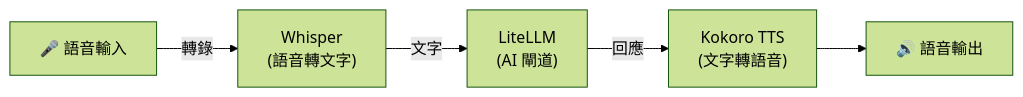
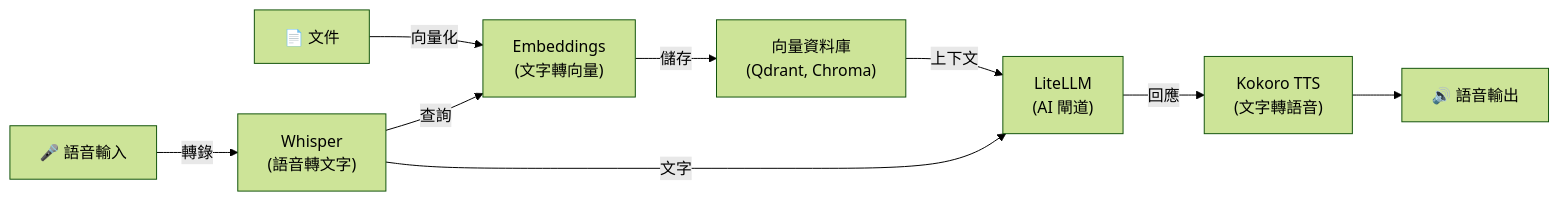
One commit to hwdsl2/docker-tts changed the diagram in README-zh-Hant.md. Above: the diagram before and after it, drawn with Mermaid (forest theme). The commit also changed other lines of this file and 3 other files, not shown here.

````diff
--- a/README-zh-Hant.md
+++ b/README-zh-Hant.md
@@ -302,7 +302,11 @@
 ```mermaid
 graph LR
+    D["📄 文件"] -->|向量化| E["Embeddings<br/>(文字轉向量)"]
+    E -->|儲存| VDB["向量資料庫<br/>(Qdrant, Chroma)"]
     A["🎤 語音輸入"] -->|轉錄| W["Whisper<br/>(語音轉文字)"]
-    W -->|文字| L["LiteLLM<br/>(AI 閘道)"]
+    W -->|查詢| E
+    VDB -->|上下文| L["LiteLLM<br/>(AI 閘道)"]
+    W -->|文字| L
     L -->|回應| T["Kokoro TTS<br/>(文字轉語音)"]
     T --> B["🔊 語音輸出"]
 ```
````
